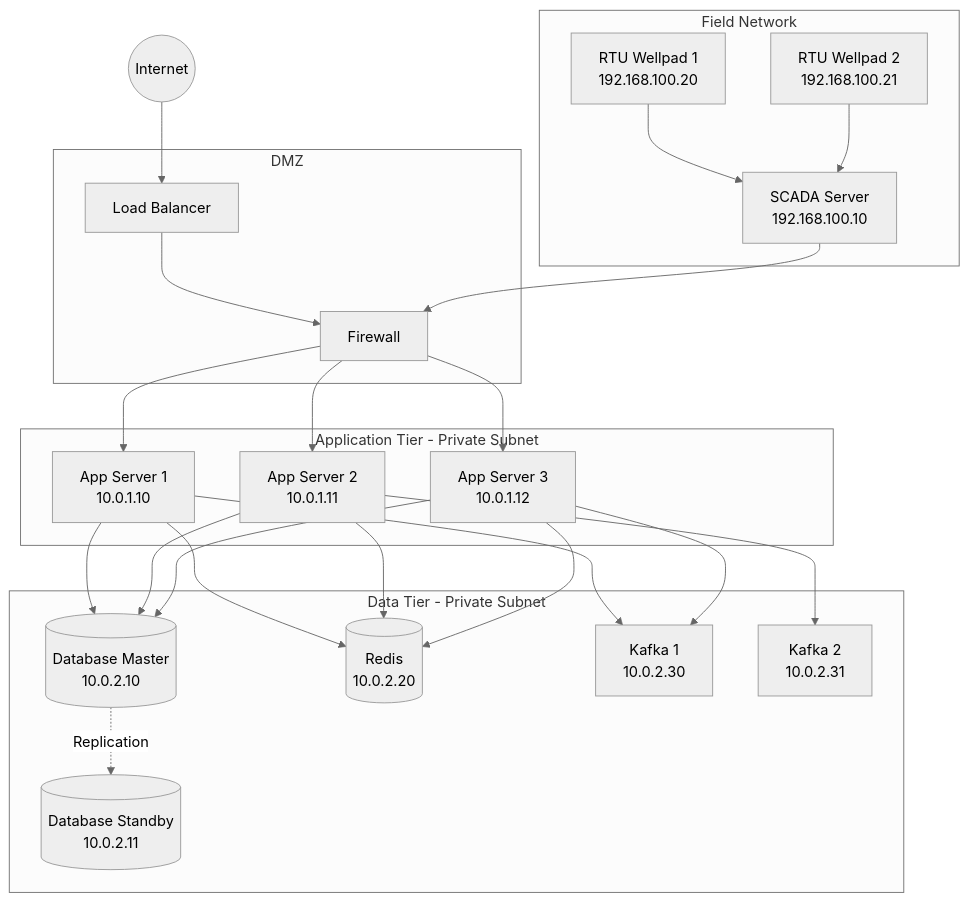
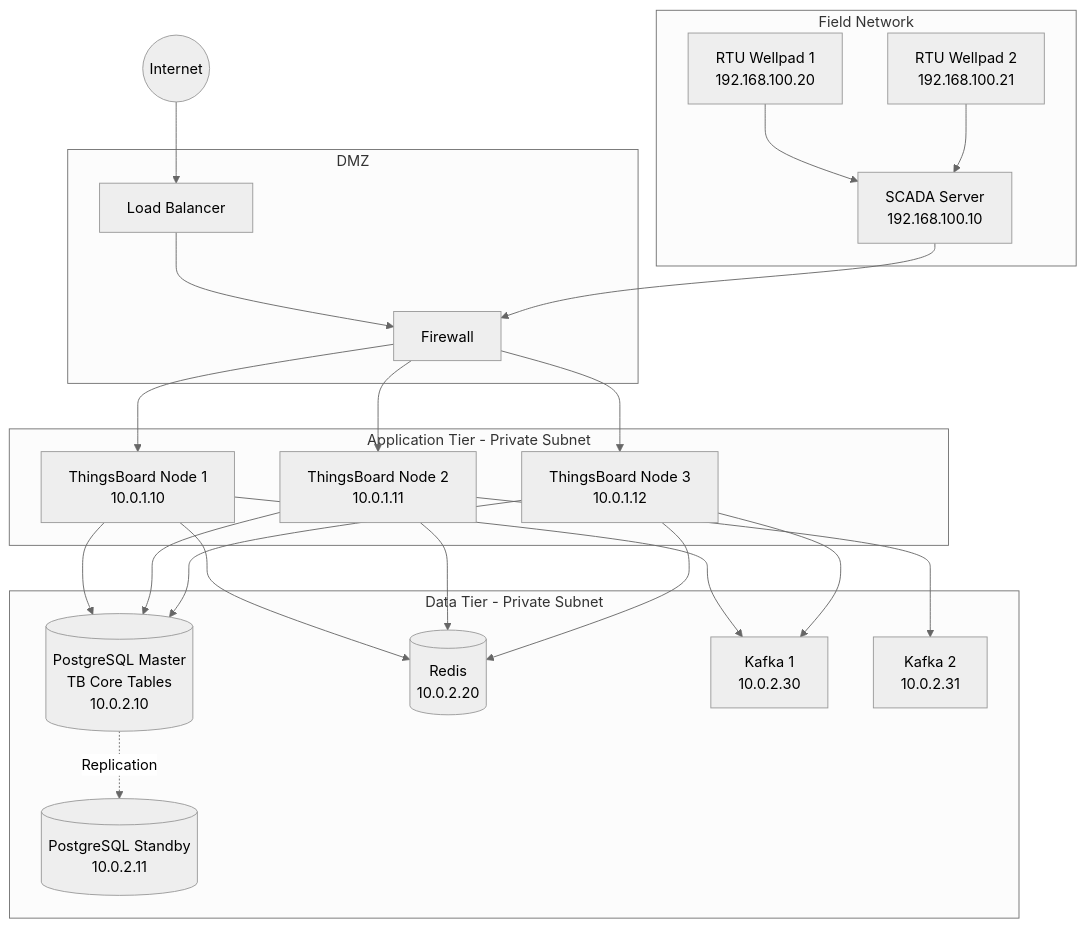
One commit to diazhh/nexus changed diagram 17 of 23 in dev/op/DIAGRAMS.md. Above: the diagram before and after it, drawn with Mermaid (neutral theme). The commit also changed other lines of this file and 109 other files, not shown here.

````diff
--- a/dev/op/DIAGRAMS.md
+++ b/dev/op/DIAGRAMS.md
@@ -615,50 +897,50 @@
 ```mermaid
 graph TB
     subgraph "DMZ"
         LB[Load Balancer]
         Firewall[Firewall]
     end
-    
+
     subgraph "Application Tier - Private Subnet"
-        App1[App Server 1<br/>10.0.1.10]
-        App2[App Server 2<br/>10.0.1.11]
-        App3[App Server 3<br/>10.0.1.12]
+        App1[ThingsBoard Node 1<br/>10.0.1.10]
+        App2[ThingsBoard Node 2<br/>10.0.1.11]
+        App3[ThingsBoard Node 3<br/>10.0.1.12]
     end
-    
+
     subgraph "Data Tier - Private Subnet"
-        DB1[(Database Master<br/>10.0.2.10)]
-        DB2[(Database Standby<br/>10.0.2.11)]
+        DB1[(PostgreSQL Master<br/>TB Core Tables<br/>10.0.2.10)]
+        DB2[(PostgreSQL Standby<br/>10.0.2.11)]
         Cache[(Redis<br/>10.0.2.20)]
         MQ1[Kafka 1<br/>10.0.2.30]
         MQ2[Kafka 2<br/>10.0.2.31]
     end
-    
+
     subgraph "Field Network"
         SCADA[SCADA Server<br/>192.168.100.10]
         RTU1[RTU Wellpad 1<br/>192.168.100.20]
         RTU2[RTU Wellpad 2<br/>192.168.100.21]
     end
-    
+
     Internet((Internet)) --> LB
     LB --> Firewall
     Firewall --> App1
     Firewall --> App2
     Firewall --> App3
-    
+
     App1 --> DB1
     App2 --> DB1
     App3 --> DB1
     DB1 -.Replication.-> DB2
-    
+
     App1 --> Cache
     App2 --> Cache
     App3 --> Cache
-    
+
     App1 --> MQ1
     App2 --> MQ2
     App3 --> MQ1
-    
+
     SCADA --> Firewall
     RTU1 --> SCADA
     RTU2 --> SCADA
 ```
````
